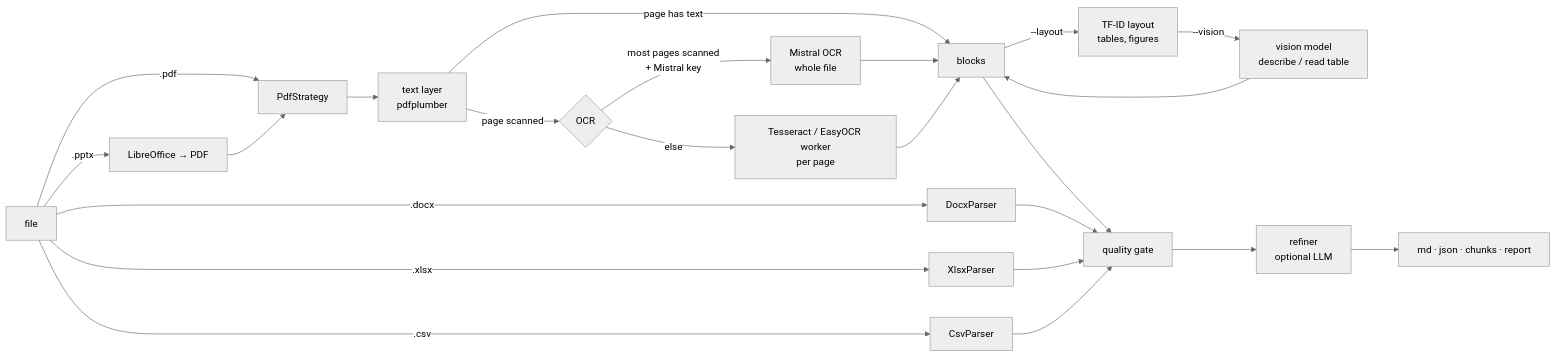
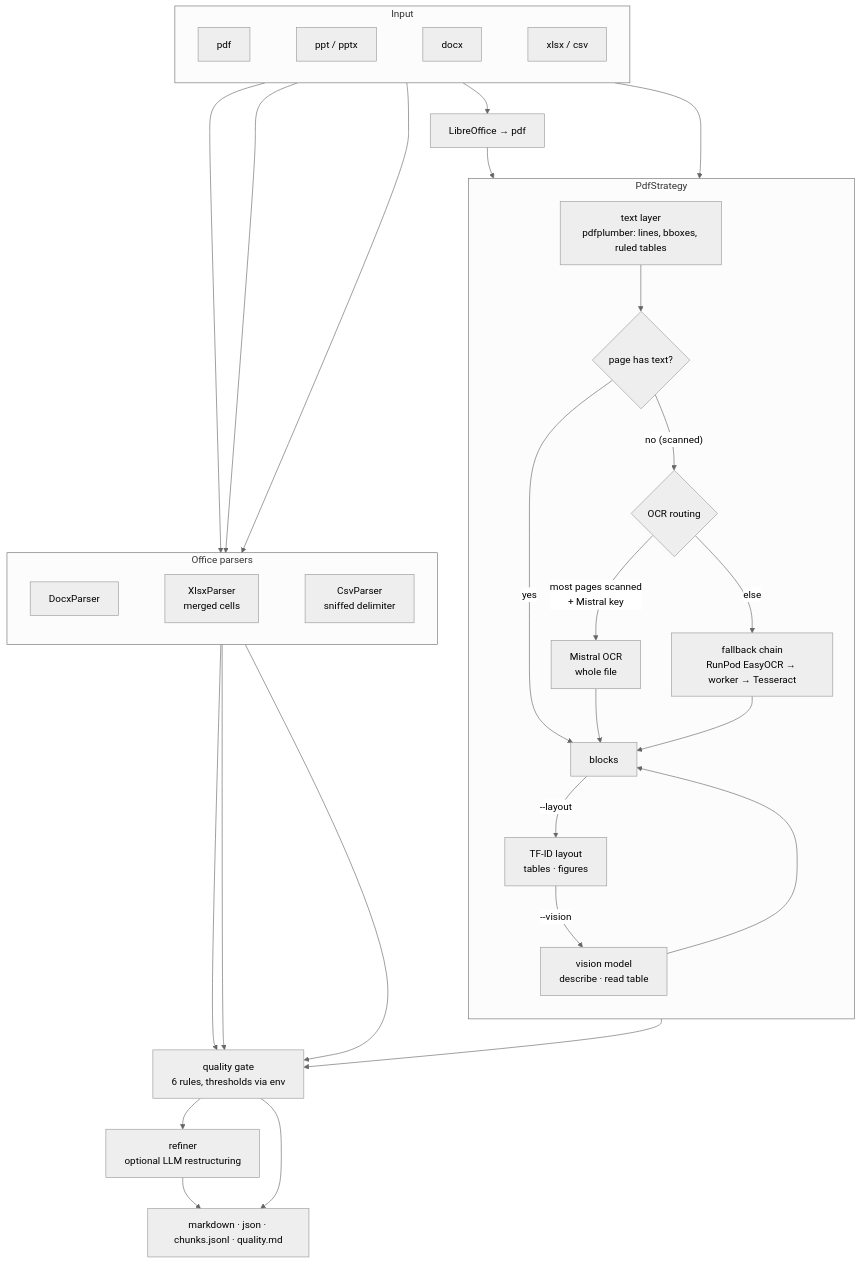
The diagram in README.md (Yassine-64/docparse), drawn with Mermaid (neutral theme) before and after one commit.

Commit message:
docs: layered routing diagram with fallback chain

````diff
--- a/README.md
+++ b/README.md
@@ -33,20 +33,38 @@
 ```mermaid
-flowchart LR
-    F[file] -->|.pdf| P[PdfStrategy]
-    F -->|.pptx| L[LibreOffice → PDF] --> P
-    F -->|.docx| D[DocxParser]
-    F -->|.xlsx| X[XlsxParser]
-    F -->|.csv| C[CsvParser]
-    P --> T[text layer<br/>pdfplumber]
-    T -->|page has text| B[blocks]
-    T -->|page scanned| O{OCR}
-    O -->|most pages scanned<br/>+ Mistral key| M[Mistral OCR<br/>whole file]
-    O -->|else| E[Tesseract / EasyOCR worker<br/>per page]
-    M --> B
-    E --> B
-    B -->|--layout| Y[TF-ID layout<br/>tables, figures] -->|--vision| V[vision model<br/>describe / read table] --> B
-    B --> Q[quality gate] --> R[refiner<br/>optional LLM] --> OUT[md · json · chunks · report]
-    D --> Q
-    X --> Q
-    C --> Q
+flowchart TB
+    subgraph in["Input"]
+        direction LR
+        PDF["pdf"] ~~~ PPT["ppt / pptx"] ~~~ DOCX["docx"] ~~~ XLS["xlsx / csv"]
+    end
+
+    subgraph pdfpath["PdfStrategy"]
+        direction TB
+        TL["text layer<br/>pdfplumber: lines, bboxes, ruled tables"]
+        TL --> SC{"page has text?"}
+        SC -- yes --> BL["blocks"]
+        SC -- "no (scanned)" --> OCR{"OCR routing"}
+        OCR -- "most pages scanned<br/>+ Mistral key" --> MI["Mistral OCR<br/>whole file"]
+        OCR -- else --> CHAIN["fallback chain<br/>RunPod EasyOCR → worker → Tesseract"]
+        MI --> BL
+        CHAIN --> BL
+        BL -- "--layout" --> LAY["TF-ID layout<br/>tables · figures"] -- "--vision" --> VIS["vision model<br/>describe · read table"] --> BL
+    end
+
+    subgraph office["Office parsers"]
+        direction LR
+        D["DocxParser"] ~~~ X["XlsxParser<br/>merged cells"] ~~~ C["CsvParser<br/>sniffed delimiter"]
+    end
+
+    PPT --> LO["LibreOffice → pdf"] --> TL
+    PDF --> TL
+    DOCX --> D
+    XLS --> X
+    XLS --> C
+
+    BL --> QG["quality gate<br/>6 rules, thresholds via env"]
+    D --> QG
+    X --> QG
+    C --> QG
+    QG --> REF["refiner<br/>optional LLM restructuring"] --> OUTS["markdown · json · chunks.jsonl · quality.md"]
+    QG --> OUTS
 ```
````
